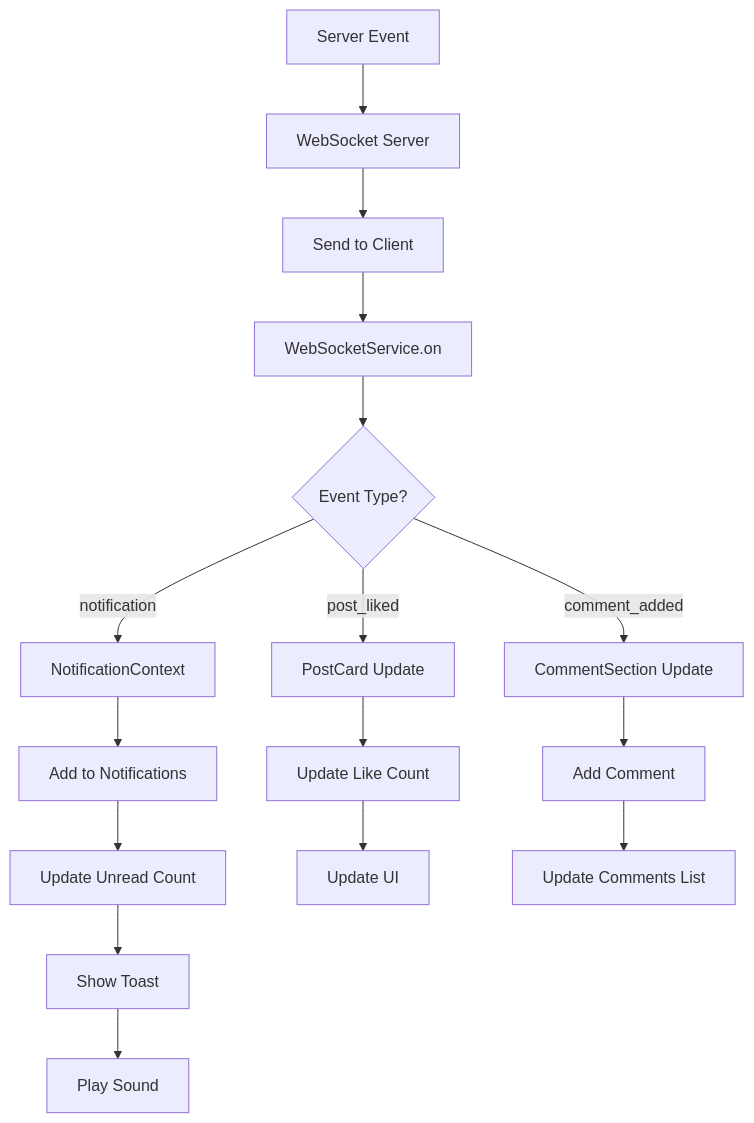
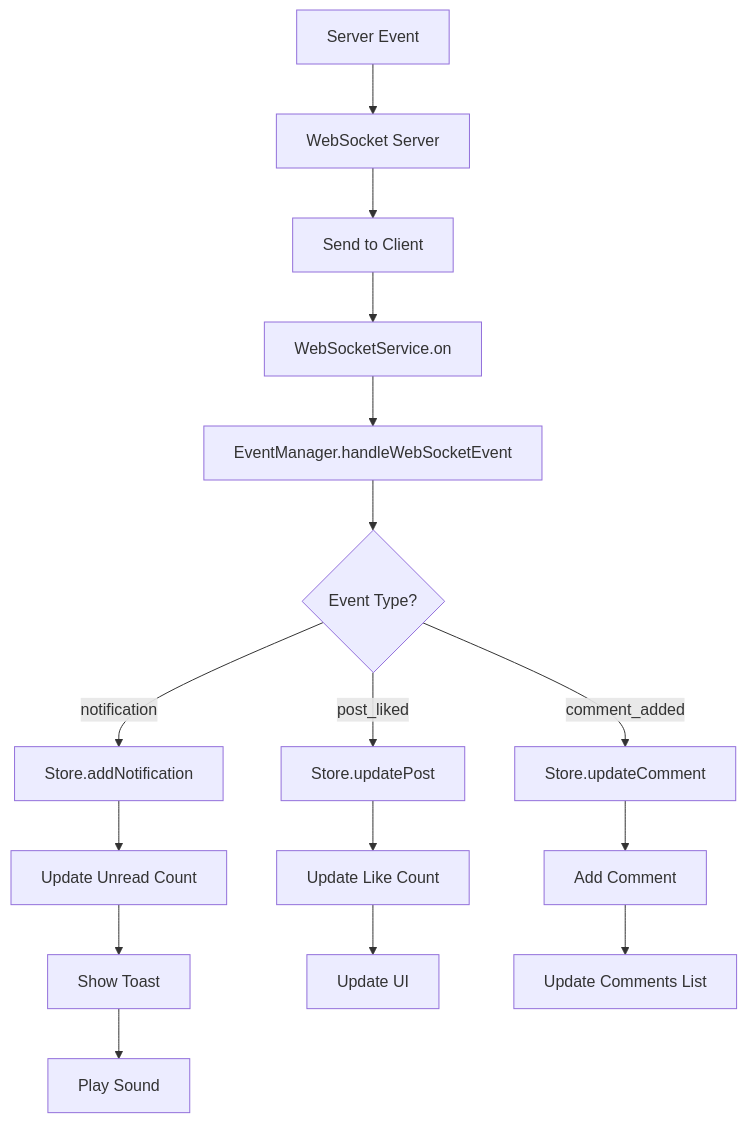
Before and after one commit to DarthNec/Fonana: the third of 3 diagrams in docs/Fonana_Context_Flows.md, drawn with Mermaid. The commit also changed other lines of this file and 63 other files, not shown here.

First line of the commit message:
🏁 ARCHITECTURE FINALIZATION: Complete migration to Zustand + CacheManager + WebSocketEventManager

````diff
--- a/docs/Fonana_Context_Flows.md
+++ b/docs/Fonana_Context_Flows.md
@@ -90,21 +92,21 @@
 ```mermaid
 graph TD
     A[Server Event] --> B[WebSocket Server]
     B --> C[Send to Client]
     C --> D[WebSocketService.on]
-    D --> E{Event Type?}
-    E -->|notification| F[NotificationContext]
-    E -->|post_liked| G[PostCard Update]
-    E -->|comment_added| H[CommentSection Update]
+    D --> E[EventManager.handleWebSocketEvent]
+    E --> F{Event Type?}
+    F -->|notification| G[Store.addNotification]
+    F -->|post_liked| H[Store.updatePost]
+    F -->|comment_added| I[Store.updateComment]
     
-    F --> I[Add to Notifications]
-    I --> J[Update Unread Count]
+    G --> J[Update Unread Count]
     J --> K[Show Toast]
     K --> L[Play Sound]
     
-    G --> M[Update Like Count]
+    H --> M[Update Like Count]
     M --> N[Update UI]
     
-    H --> O[Add Comment]
+    I --> O[Add Comment]
     O --> P[Update Comments List]
 ```
````
